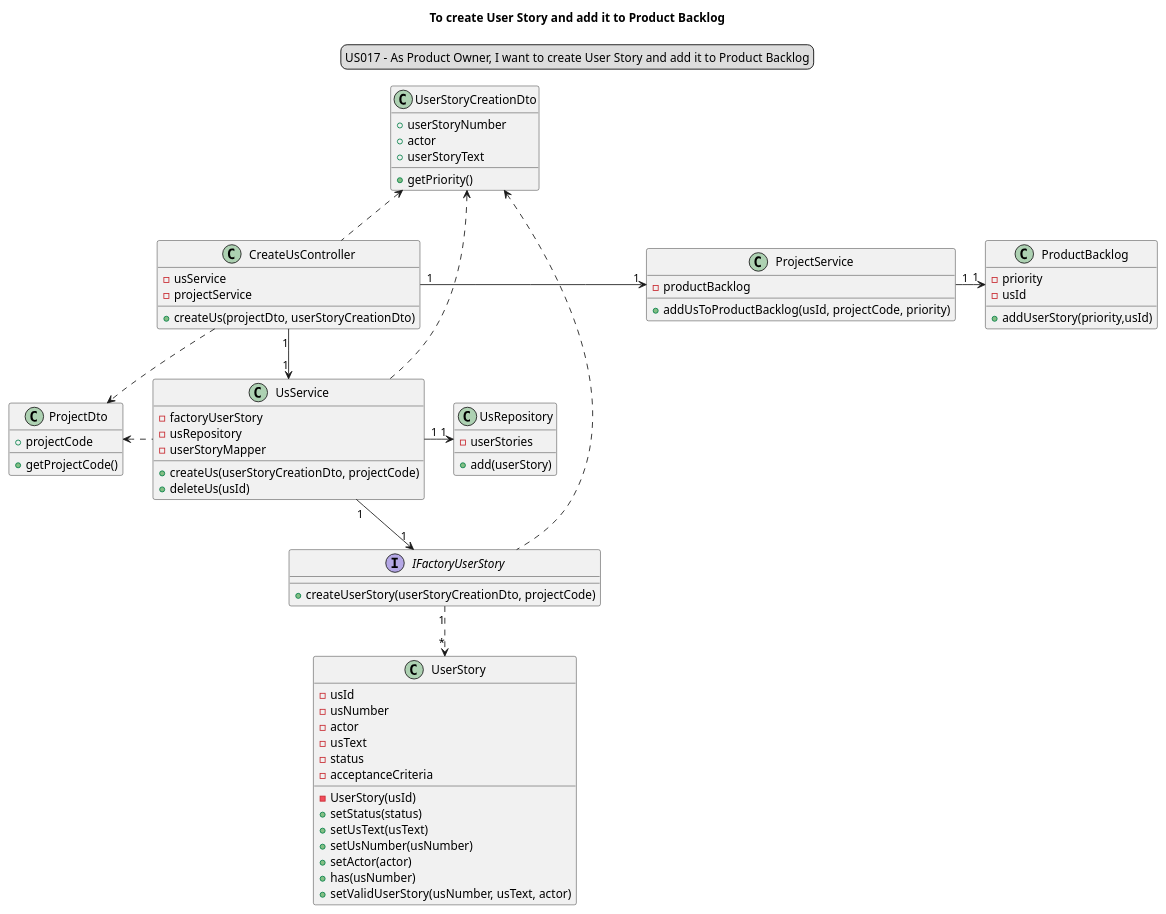
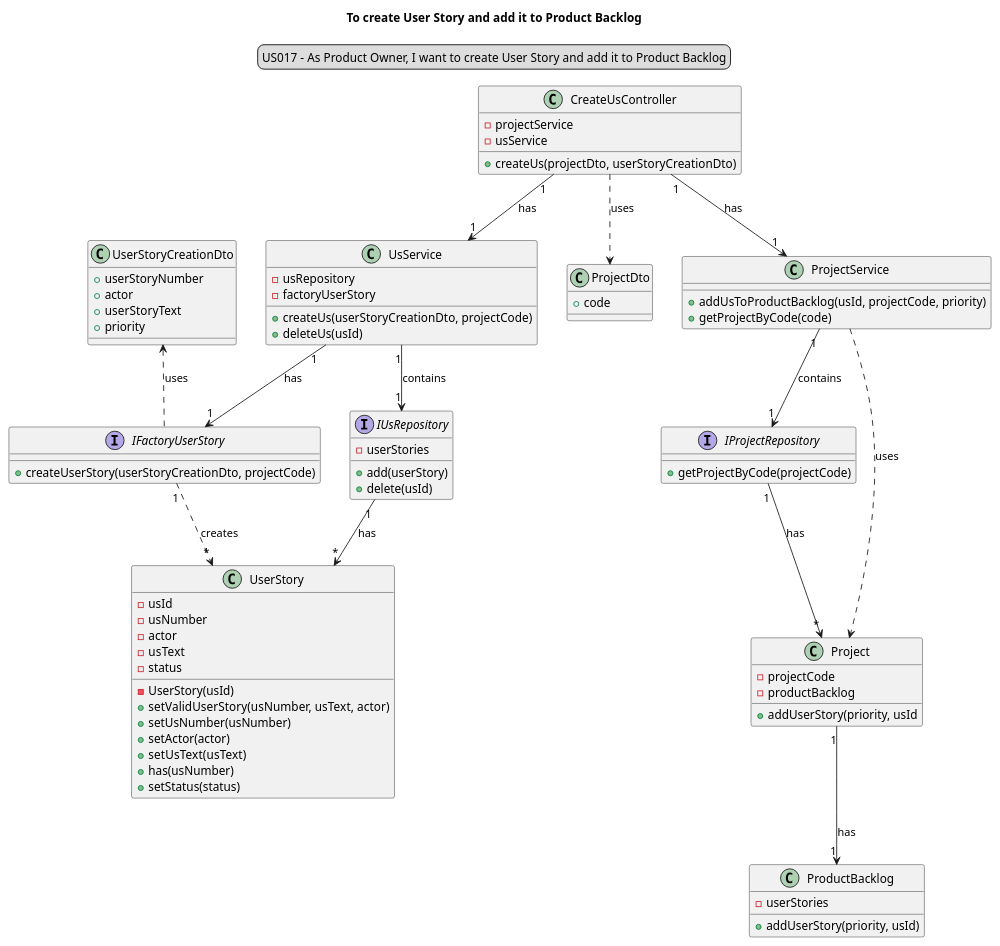
One commit to Loracline/project_switch_22-23 changed the diagram in docs/modelling_design/user_stories/sprint03/us017/US017_classDiagram.puml. Above: the diagram before and after it, drawn with PlantUML. The commit also changed 1 other file, not shown here.

Commit message:
US017: Design: Updated sequence and class diagrams of US017, addresses #235

```diff
--- a/docs/modelling_design/user_stories/sprint03/us017/US017_classDiagram.puml
+++ b/docs/modelling_design/user_stories/sprint03/us017/US017_classDiagram.puml
@@ -1,85 +1,91 @@
 @startuml
 'https://plantuml.com/sequence-diagram
 legend top
 US017 - As Product Owner, I want to create User Story and add it to Product Backlog
 end legend
 skinparam sequenceMessageAlign center
 title To create User Story and add it to Product Backlog
 
 
 class "CreateUsController" {
+- projectService
 - usService
-- projectService
 + createUs(projectDto, userStoryCreationDto)
 }
 
 class "UsService" {
+- usRepository
 - factoryUserStory
-- usRepository
-- userStoryMapper
 + createUs(userStoryCreationDto, projectCode)
 + deleteUs(usId)
 }
 
-class "UsRepository" {
--userStories
-+add(userStory)
+class "ProjectService"{
++ addUsToProductBacklog(usId, projectCode, priority)
++getProjectByCode(code)
 }
 
-class "ProjectService"{
+class "UserStoryCreationDto"{
++userStoryNumber
++actor
++userStoryText
++priority
+}
+
+class "ProjectDto"{
++code
+}
+
+class "Project"{
+-projectCode
 -productBacklog
-+ addUsToProductBacklog(usId, projectCode, priority)
++ addUserStory(priority, usId
 }
 
 class "ProductBacklog" {
--priority
--usId
-+addUserStory(priority,usId)
+-userStories
++addUserStory(priority, usId)
+}
+
+interface IProjectRepository{
++getProjectByCode(projectCode)
 }
 
 class "UserStory"{
 - usId
 - usNumber
 - actor
 - usText
 - status
-- acceptanceCriteria
 -UserStory(usId)
-+setStatus(status)
-+setUsText(usText)
++setValidUserStory(usNumber, usText, actor)
 +setUsNumber(usNumber)
 +setActor(actor)
++setUsText(usText)
 +has(usNumber)
-+setValidUserStory(usNumber, usText, actor)
++setStatus(status)
 }
 
 interface "IFactoryUserStory" {
 + createUserStory(userStoryCreationDto, projectCode)
 }
 
-
-class "UserStoryCreationDto"{
-+userStoryNumber
-+actor
-+userStoryText
-+getPriority()
+interface "IUsRepository" {
+-userStories
++add(userStory)
++delete(usId)
 }
 
-class "ProjectDto"{
-+projectCode
-+getProjectCode()
-}
-
-"CreateUsController""1"-->"1" "UsService"
-"UsService" "1"-->"1" "IFactoryUserStory"
-"UserStoryCreationDto" <.. "CreateUsController"
-"UserStoryCreationDto" <. "UsService"
-"UserStoryCreationDto" <. "IFactoryUserStory"
-"IFactoryUserStory" "1"..>"*" "UserStory"
-"ProjectDto" <. "UsService"
-"UsService" "1"->"1" "UsRepository"
-"CreateUsController" "1"->"1" "ProjectService"
-"CreateUsController" .>"ProjectDto"
-"ProjectService" "1"->"1" "ProductBacklog"
-
+"CreateUsController""1"-->"1" "UsService": has
+"CreateUsController" "1"-->"1" "ProjectService": has
+"CreateUsController" ..>"ProjectDto": uses
+"ProjectService" ..> "Project": uses
+"ProjectService" "1"-->"1" "IProjectRepository": contains
+"IProjectRepository" "1"-->"*" "Project": has
+"Project" "1"-->"1" "ProductBacklog": has
+"UsService" "1"-->"1" "IFactoryUserStory": has
+"IFactoryUserStory" "1"..>"*" "UserStory": creates
+"UsService" "1"-->"1" "IUsRepository": contains
+"IUsRepository" "1"-->"*" "UserStory": has
+"UserStoryCreationDto" <.. "IFactoryUserStory": uses
 @enduml
```
